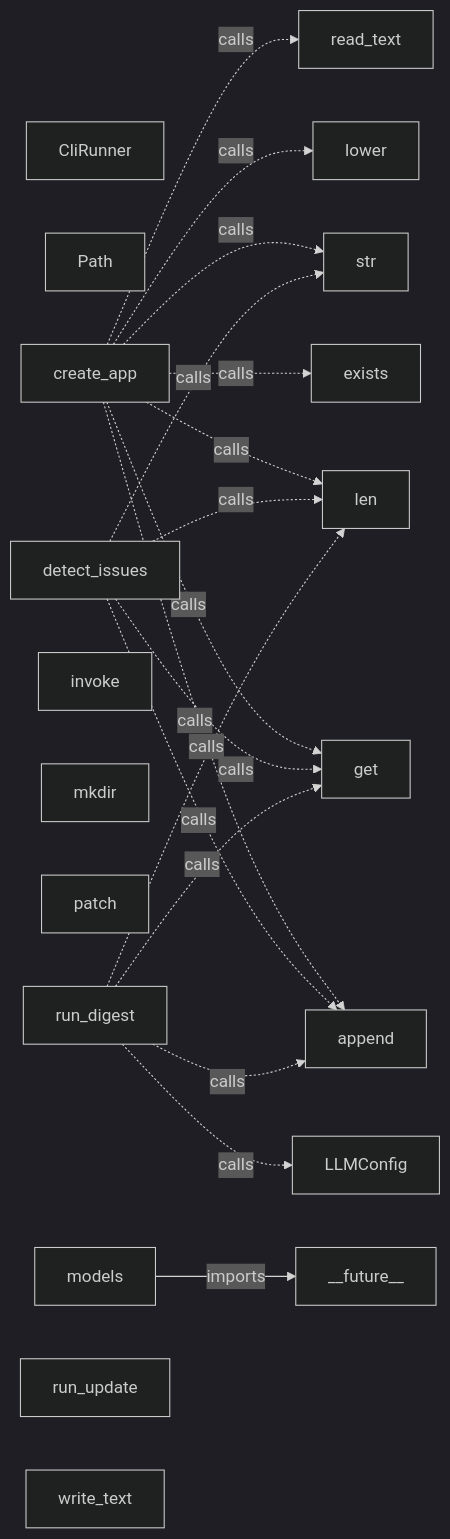
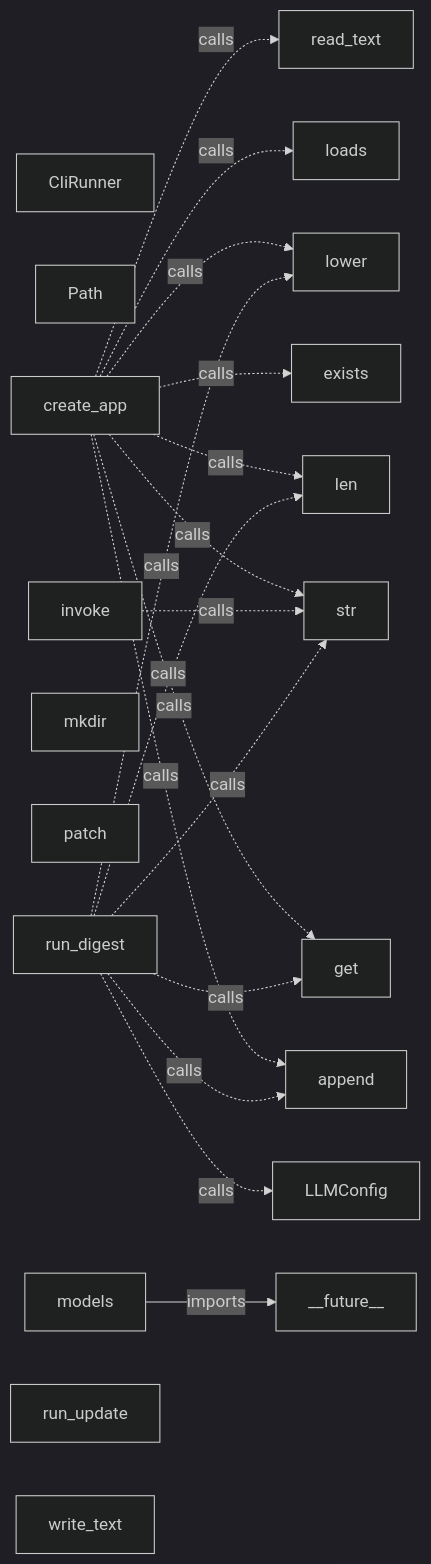
The diagram in .rekipedia/diagrams/module-graph.md (actions-marketplace-validations/unrealandychan_rekipedia), drawn with Mermaid (dark theme) before and after one commit. The commit also changed 13 other files, not shown here.

````diff
--- a/.rekipedia/diagrams/module-graph.md
+++ b/.rekipedia/diagrams/module-graph.md
@@ -1,41 +1,41 @@
 ```mermaid
 flowchart LR
   CliRunner["CliRunner"]
   LLMConfig["LLMConfig"]
   Path["Path"]
   __future__["__future__"]
   append["append"]
   create_app["create_app"]
-  detect_issues["detect_issues"]
   exists["exists"]
   get["get"]
   invoke["invoke"]
   len["len"]
+  loads["loads"]
   lower["lower"]
   mkdir["mkdir"]
   patch["patch"]
   read_text["read_text"]
   rekipedia_models["models"]
   run_digest["run_digest"]
   run_update["run_update"]
   str["str"]
   write_text["write_text"]
 
   rekipedia_models -->|imports| __future__
   create_app -.->|calls| append
   create_app -.->|calls| exists
   create_app -.->|calls| get
   create_app -.->|calls| len
+  create_app -.->|calls| loads
   create_app -.->|calls| lower
   create_app -.->|calls| read_text
   create_app -.->|calls| str
-  detect_issues -.->|calls| append
-  detect_issues -.->|calls| get
-  detect_issues -.->|calls| len
-  detect_issues -.->|calls| str
+  invoke -.->|calls| str
   run_digest -.->|calls| LLMConfig
   run_digest -.->|calls| append
   run_digest -.->|calls| get
   run_digest -.->|calls| len
+  run_digest -.->|calls| lower
+  run_digest -.->|calls| str
 
 ```
````
